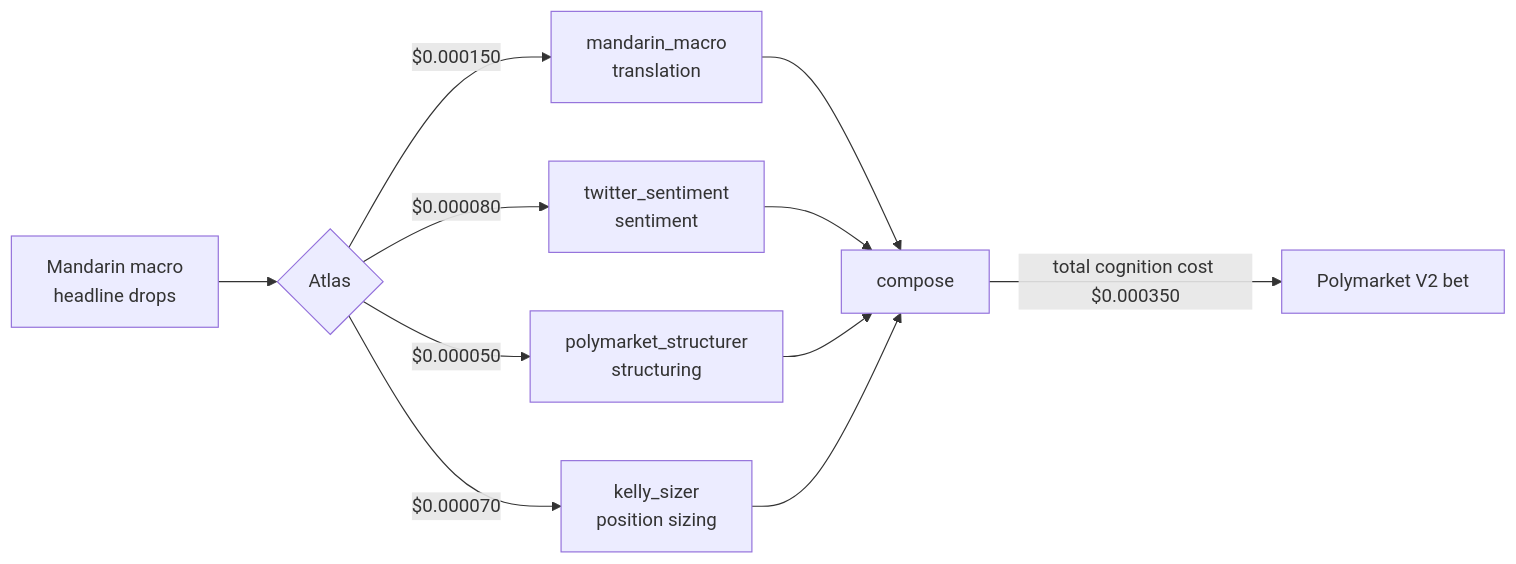
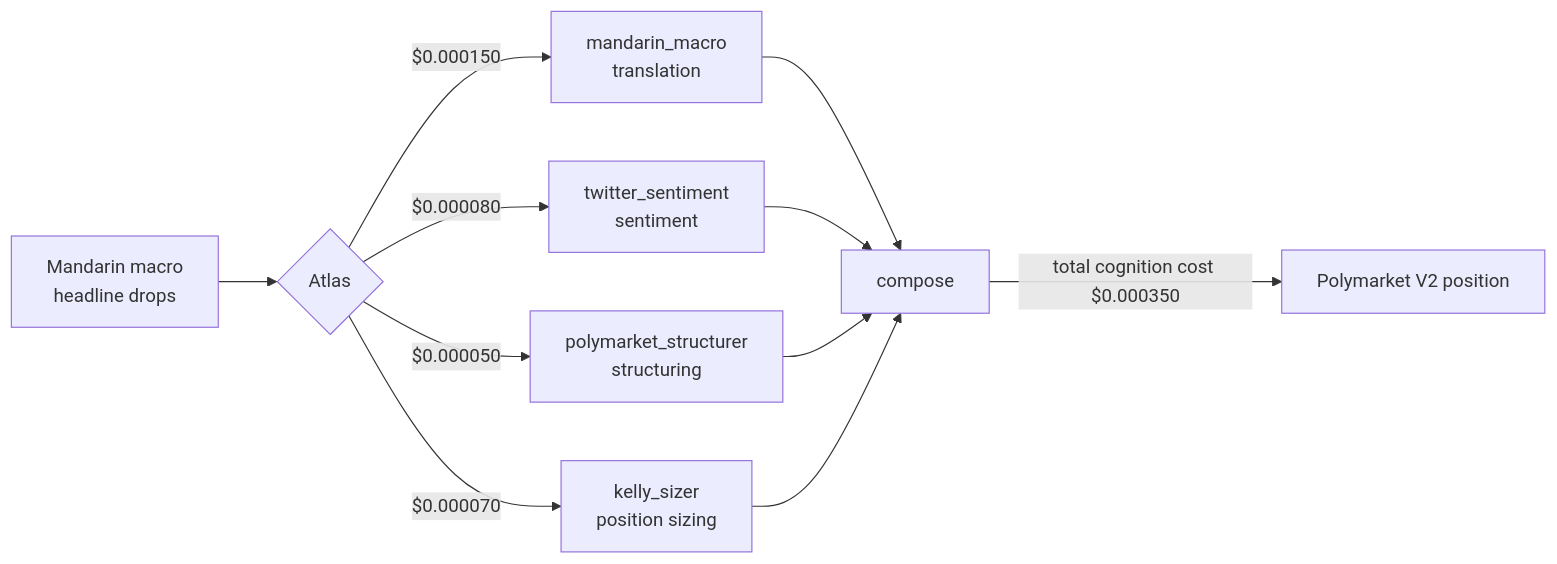
One commit to Enoch208/Logos changed the third of 4 diagrams in README.md. Above: the diagram before and after it, drawn with Mermaid. The commit also changed other lines of this file, not shown here.

````diff
--- a/README.md
+++ b/README.md
@@ -109,13 +109,13 @@
 ```mermaid
 flowchart LR
     NEWS["Mandarin macro<br/>headline drops"] --> ATLAS{"Atlas"}
     ATLAS -->|"$0.000150"| TR["mandarin_macro<br/>translation"]
     ATLAS -->|"$0.000080"| SE["twitter_sentiment<br/>sentiment"]
     ATLAS -->|"$0.000050"| ST["polymarket_structurer<br/>structuring"]
     ATLAS -->|"$0.000070"| KE["kelly_sizer<br/>position sizing"]
     TR --> COMPOSE["compose"]
     SE --> COMPOSE
     ST --> COMPOSE
     KE --> COMPOSE
-    COMPOSE -->|"total cognition cost $0.000350"| BET["Polymarket V2 bet"]
+    COMPOSE -->|"total cognition cost $0.000350"| BET["Polymarket V2 position"]
 ```
````
